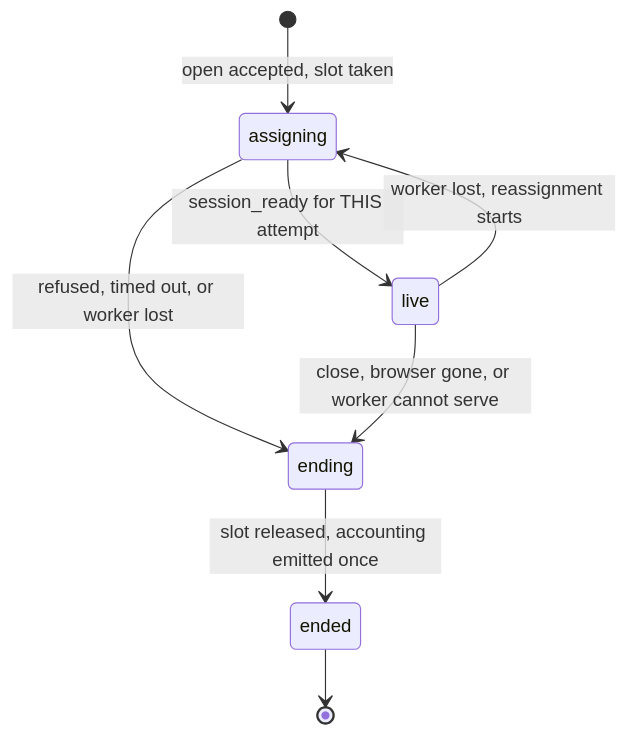
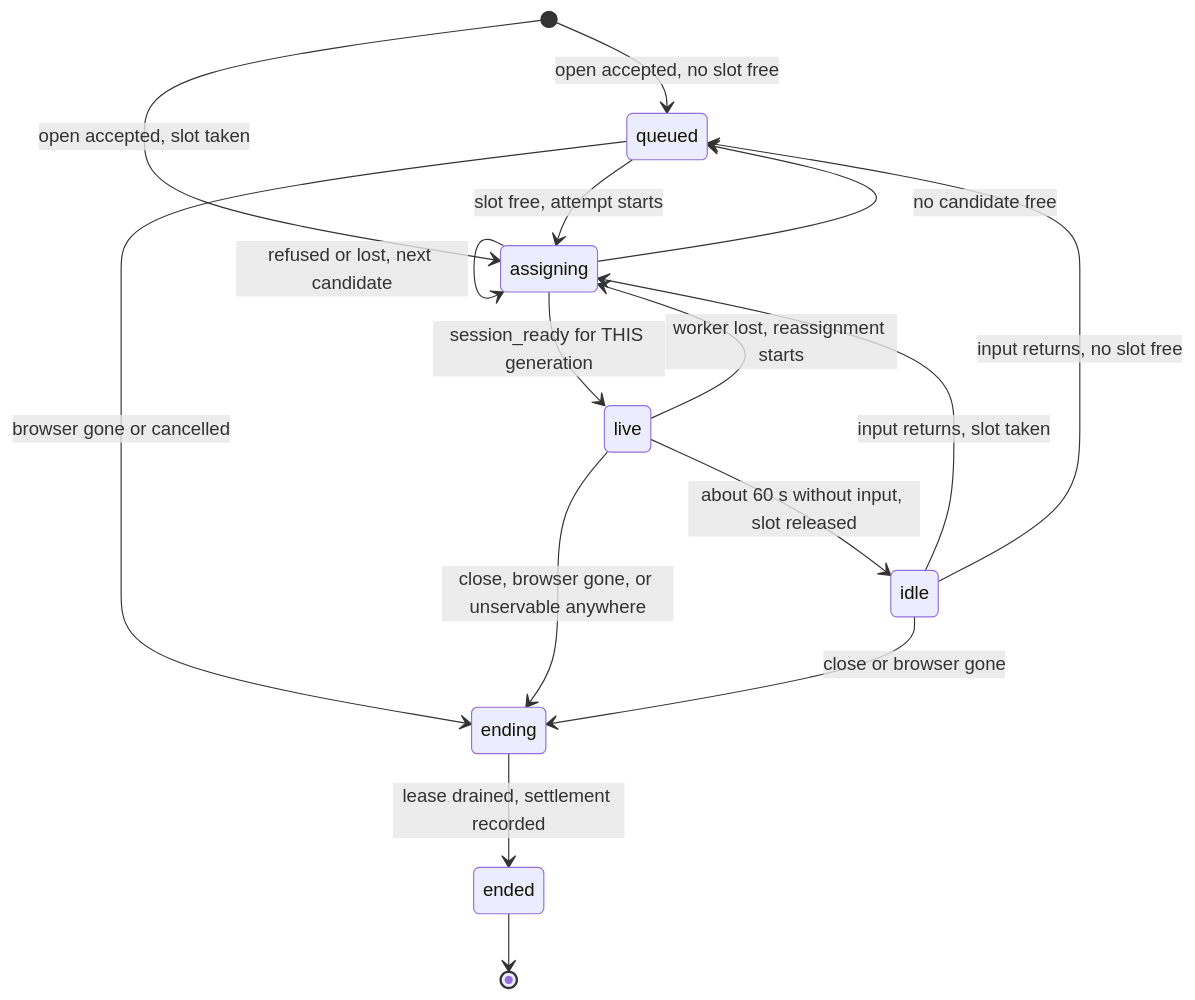
Before and after one commit to Portocolom-Studio/potocolom: the second of 4 diagrams in docs/connection-handling.md, drawn with Mermaid. The commit also changed other lines of this file and 2 other files, not shown here.

````diff
--- a/docs/connection-handling.md
+++ b/docs/connection-handling.md
@@ -138,10 +141,18 @@
 ```mermaid
 stateDiagram-v2
+    [*] --> queued: open accepted, no slot free
     [*] --> assigning: open accepted, slot taken
-    assigning --> live: session_ready for THIS attempt
-    assigning --> ending: refused, timed out, or worker lost
+    queued --> assigning: slot free, attempt starts
+    assigning --> live: session_ready for THIS generation
+    assigning --> assigning: refused or lost, next candidate
+    assigning --> queued: no candidate free
+    live --> idle: about 60 s without input, slot released
+    idle --> assigning: input returns, slot taken
+    idle --> queued: input returns, no slot free
     live --> assigning: worker lost, reassignment starts
-    live --> ending: close, browser gone, or worker cannot serve
-    ending --> ended: slot released, accounting emitted once
+    queued --> ending: browser gone or cancelled
+    live --> ending: close, browser gone, or unservable anywhere
+    idle --> ending: close or browser gone
+    ending --> ended: lease drained, settlement recorded
     ended --> [*]
 ```
````
